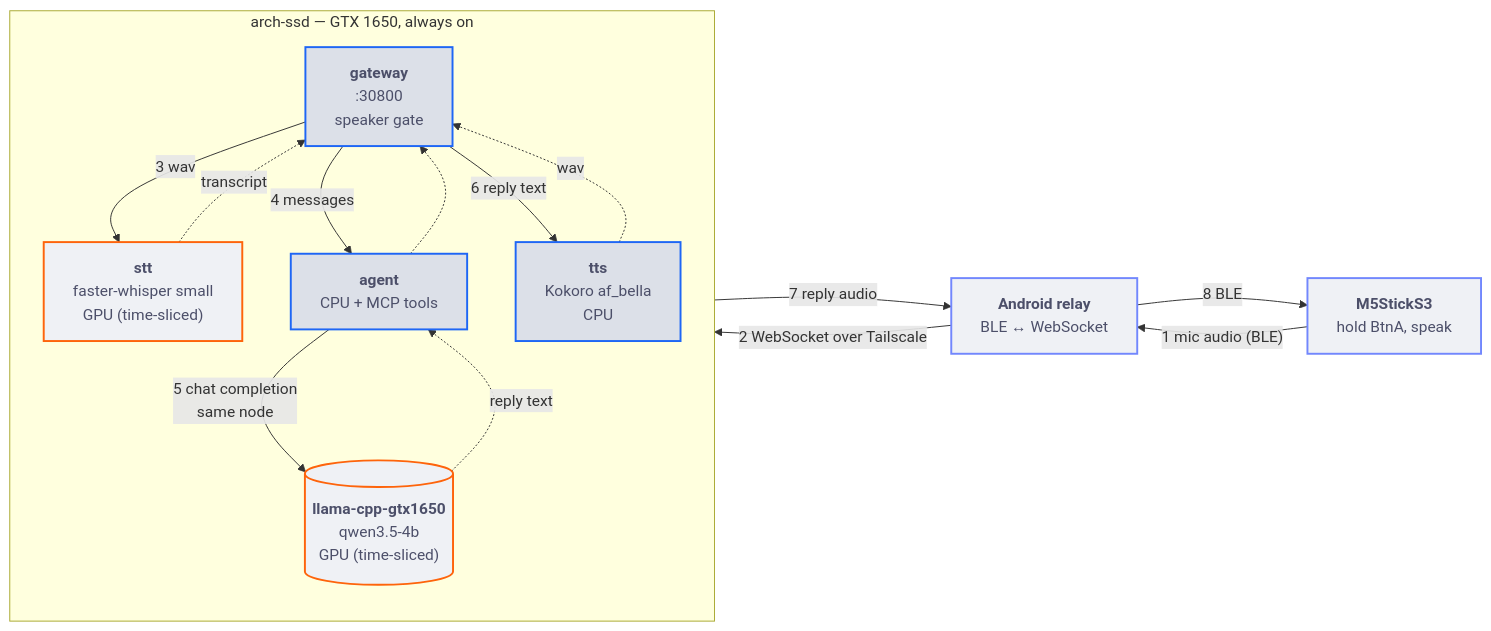
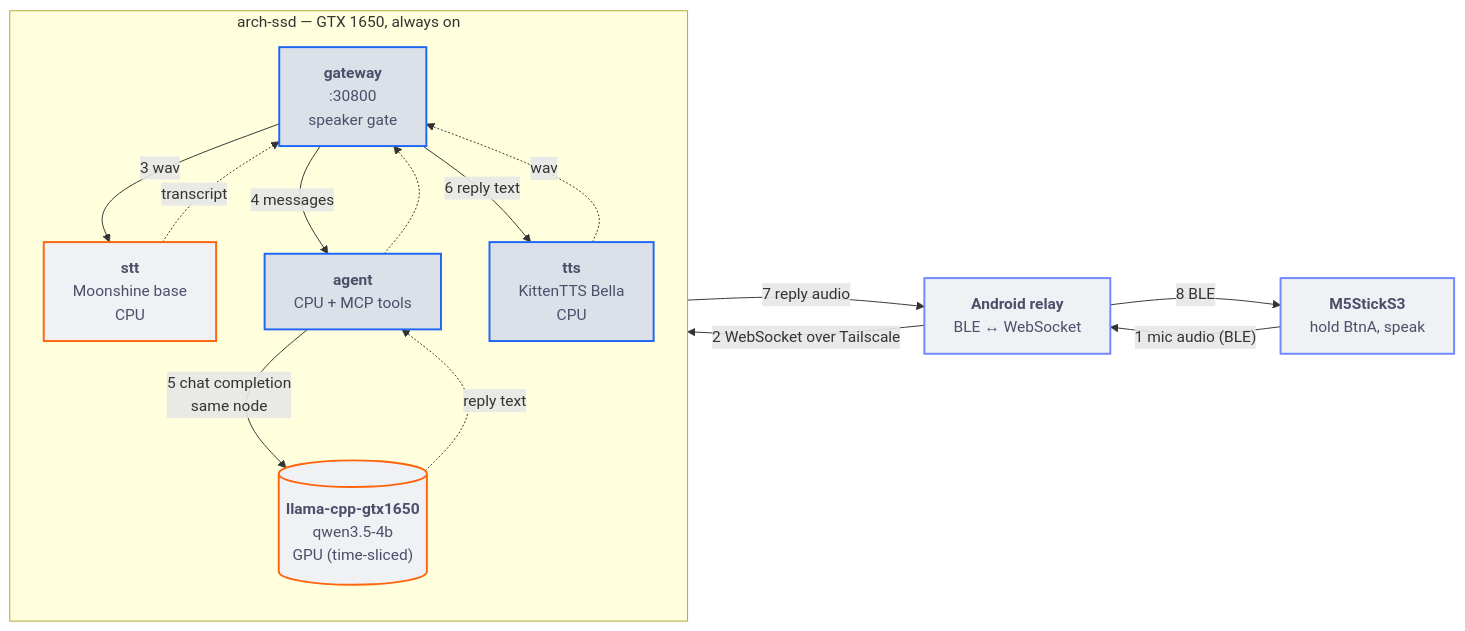
Before and after one commit to adixg/ai-companion: the third of 4 diagrams in README.md, drawn with Mermaid. The commit also changed other lines of this file and 8 other files, not shown here.

First line of the commit message:
Deploy moonshine + kitten; real device captures in the README

````diff
--- a/README.md
+++ b/README.md
@@ -174,34 +177,34 @@
 ```mermaid
 flowchart LR
     stick["<b>M5StickS3</b><br>hold BtnA, speak"]
     phone["<b>Android relay</b><br>BLE ↔ WebSocket"]
 
     subgraph ssd["arch-ssd — GTX 1650, always on"]
         direction TB
         gw["<b>gateway</b><br>:30800<br>speaker gate"]
-        stt["<b>stt</b><br>faster-whisper small<br>GPU (time-sliced)"]
+        stt["<b>stt</b><br>Moonshine base<br>CPU"]
         agent["<b>agent</b><br>CPU + MCP tools"]
         llm[("<b>llama-cpp-gtx1650</b><br>qwen3.5-4b<br>GPU (time-sliced)")]
-        tts["<b>tts</b><br>Kokoro af_bella<br>CPU"]
+        tts["<b>tts</b><br>KittenTTS Bella<br>CPU"]
     end
 
     stick -->|"1 mic audio (BLE)"| phone
     phone -->|"2 WebSocket over Tailscale"| gw
     gw -->|"3 wav"| stt
     stt -.->|transcript| gw
     gw -->|"4 messages"| agent
     agent -->|"5 chat completion<br>same node"| llm
     llm -.->|reply text| agent
     agent -.-> gw
     gw -->|"6 reply text"| tts
     tts -.->|wav| gw
     gw -->|"7 reply audio"| phone
     phone -->|"8 BLE"| stick
 
     classDef dev fill:#eff1f5,stroke:#7287fd,stroke-width:2px,color:#4c4f69
     classDef svc fill:#dce0e8,stroke:#1e66f5,stroke-width:2px,color:#4c4f69
     classDef gpu fill:#eff1f5,stroke:#fe640b,stroke-width:2px,color:#4c4f69
     class stick,phone dev
     class gw,agent,tts svc
     class stt,llm gpu
 ```
````
